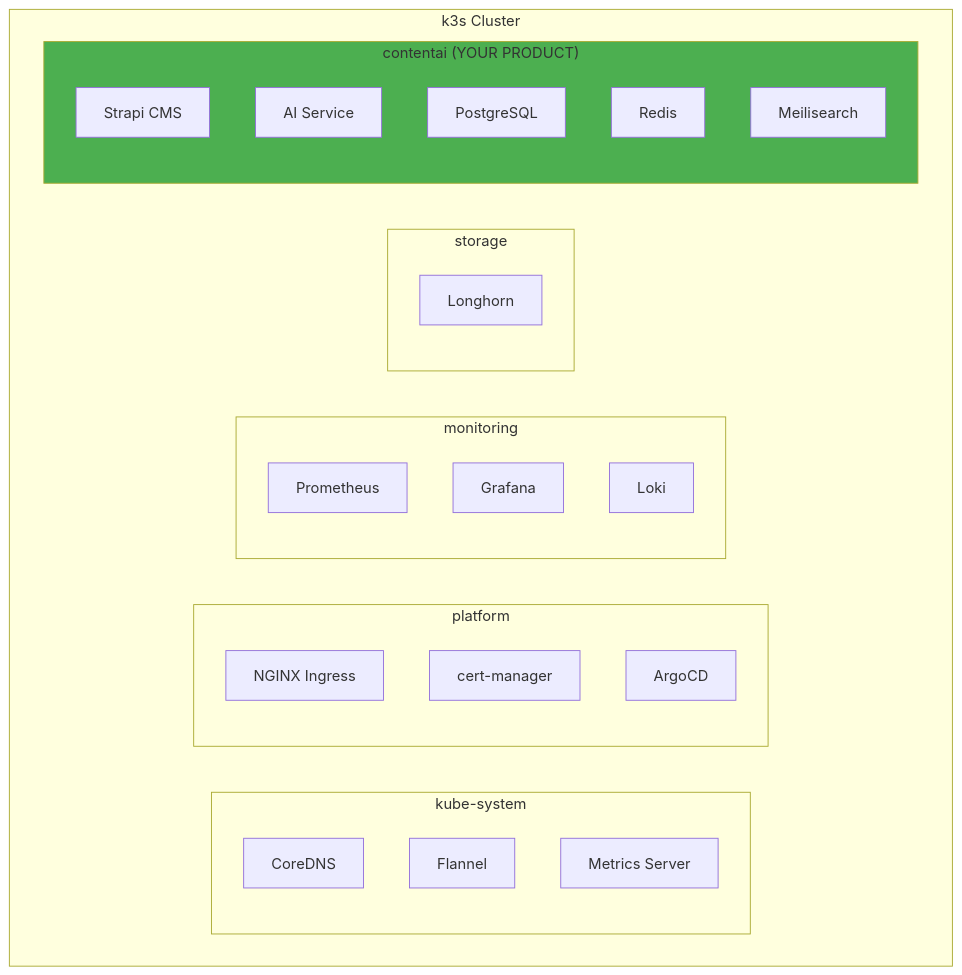
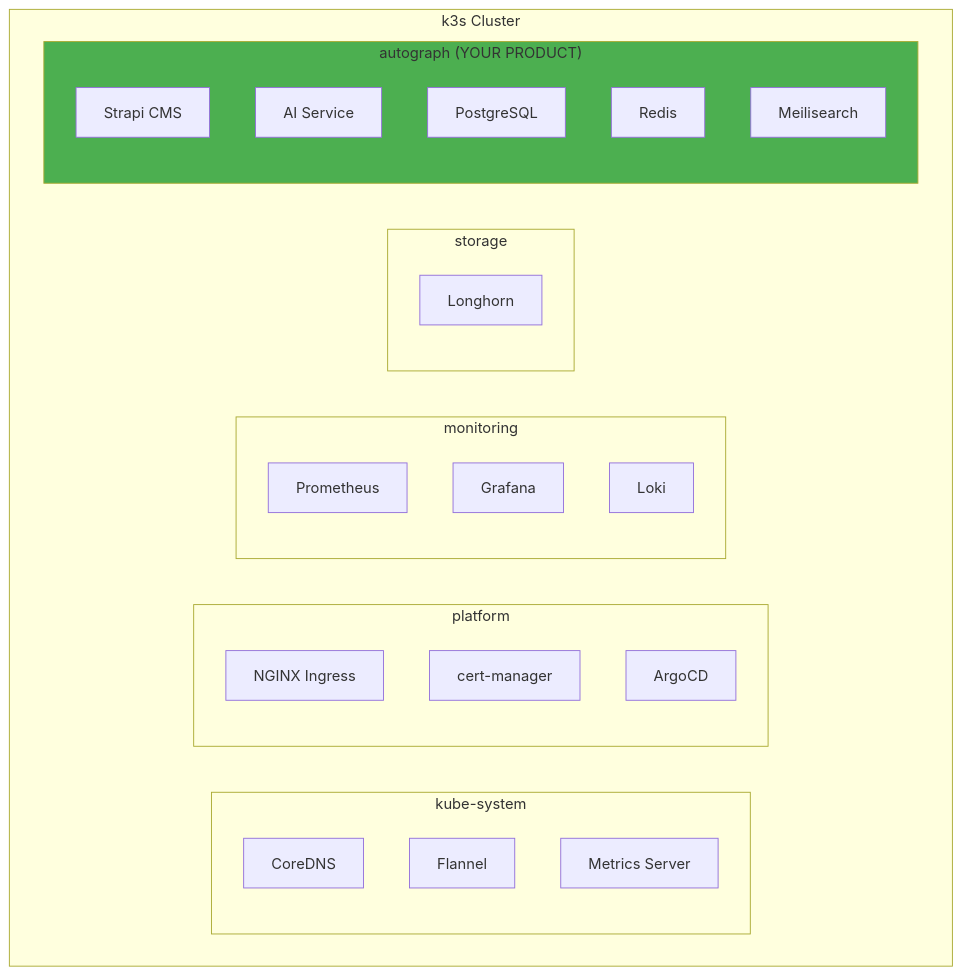
One commit to PearlThoughtsInternship/Internship-Obsidian-Vault changed the seventh of 11 diagrams in DevOps/02-Engineering/04-Container-Orchestration.md. Above: the diagram before and after it, drawn with Mermaid. The commit also changed other lines of this file and 7 other files, not shown here.

````diff
--- a/DevOps/02-Engineering/04-Container-Orchestration.md
+++ b/DevOps/02-Engineering/04-Container-Orchestration.md
@@ -413,36 +413,36 @@
 ```mermaid
 flowchart TB
     subgraph Cluster["k3s Cluster"]
         subgraph System["kube-system"]
             DNS["CoreDNS"]
             CNI["Flannel"]
             Metrics["Metrics Server"]
         end
 
         subgraph Platform["platform"]
             ING["NGINX Ingress"]
             CERT["cert-manager"]
             ARGO["ArgoCD"]
         end
 
         subgraph Monitoring["monitoring"]
             PROM["Prometheus"]
             GRAF["Grafana"]
             LOKI["Loki"]
         end
 
         subgraph Storage["storage"]
             LH["Longhorn"]
         end
 
-        subgraph Autograph["contentai (YOUR PRODUCT)"]
+        subgraph Autograph["autograph (YOUR PRODUCT)"]
             Strapi["Strapi CMS"]
             AIService["AI Service"]
             Postgres["PostgreSQL"]
             Redis["Redis"]
             Meili["Meilisearch"]
         end
     end
 
     style Autograph fill:#4CAF50
 ```
````
